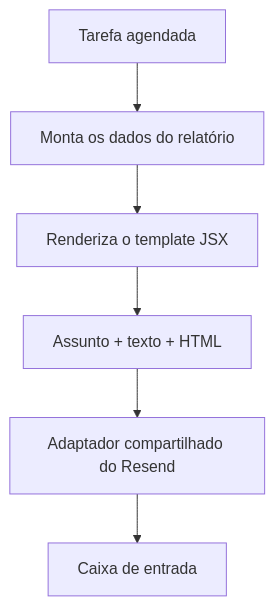
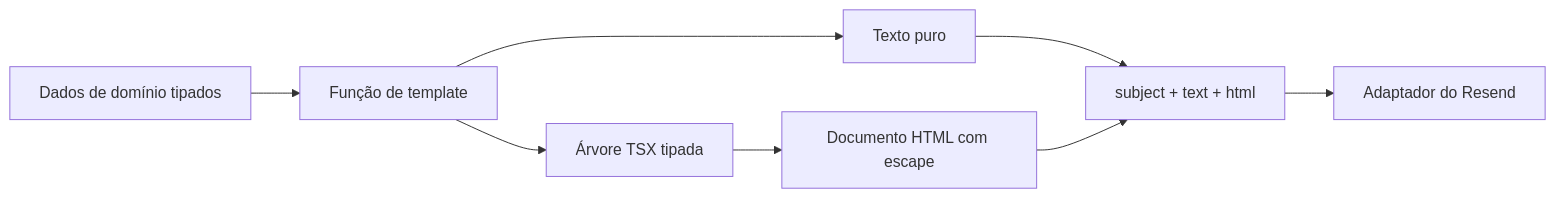
The diagram in web/content/blog/email-templates-without-a-template-framework.pt-BR.mdx (ErickCReis/ErickCReis), drawn with Mermaid before and after one commit. The commit also changed other lines of this file and 33 other files, not shown here.

````diff
--- a/web/content/blog/email-templates-without-a-template-framework.pt-BR.mdx
+++ b/web/content/blog/email-templates-without-a-template-framework.pt-BR.mdx
@@ -14,8 +20,10 @@
 ```mermaid center
-flowchart TB
-  Cron["Tarefa agendada"] --> Data["Monta os dados do relatório"]
-  Data --> Template["Renderiza o template JSX"]
-  Template --> Message["Assunto + texto + HTML"]
-  Message --> Delivery["Adaptador compartilhado do Resend"]
-  Delivery --> Inbox["Caixa de entrada"]
+flowchart LR
+  Data["Dados de domínio tipados"] --> Renderer["Função de template"]
+  Renderer --> Text["Texto puro"]
+  Renderer --> JSX["Árvore TSX tipada"]
+  JSX --> HTML["Documento HTML com escape"]
+  Text --> Message["subject + text + html"]
+  HTML --> Message
+  Message --> Adapter["Adaptador do Resend"]
 ```
````
